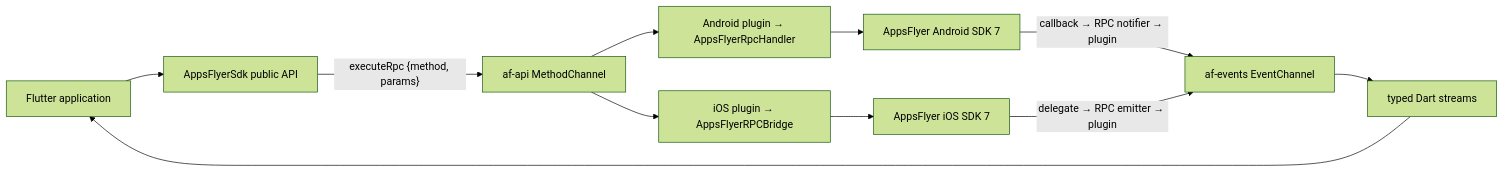
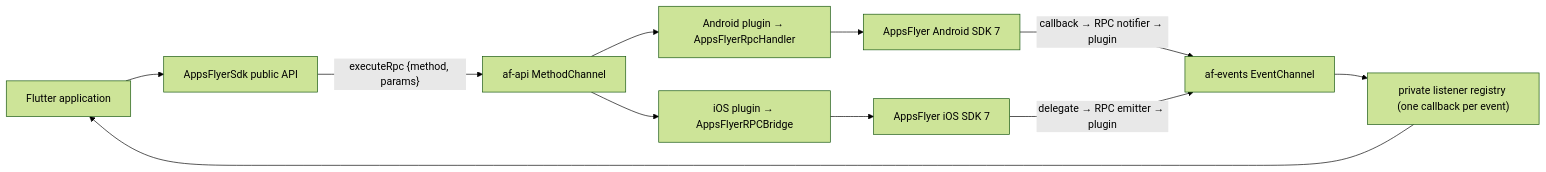
Before and after one commit to AppsFlyerSDK/appsflyer-flutter-plugin: the diagram in internal-docs/ARCHITECTURE.md, drawn with Mermaid (forest theme). The commit also changed other lines of this file and 26 other files, not shown here.

Commit message:
[DELIVERY-125863] Replace event streams with callback-based register*Listener APIs

````diff
--- a/internal-docs/ARCHITECTURE.md
+++ b/internal-docs/ARCHITECTURE.md
@@ -39,13 +39,13 @@
 ```mermaid
 flowchart LR
     App["Flutter application"] --> SDK["AppsFlyerSdk public API"]
     SDK -->|"executeRpc {method, params}"| Method["af-api MethodChannel"]
     Method --> Android["Android plugin → AppsFlyerRpcHandler"]
     Method --> IOS["iOS plugin → AppsFlyerRPCBridge"]
     Android --> AndroidSDK["AppsFlyer Android SDK 7"]
     IOS --> IOSSDK["AppsFlyer iOS SDK 7"]
     AndroidSDK -->|"callback → RPC notifier → plugin"| Events["af-events EventChannel"]
     IOSSDK -->|"delegate → RPC emitter → plugin"| Events
-    Events --> Streams["typed Dart streams"]
-    Streams --> App
+    Events --> Registry["private listener registry (one callback per event)"]
+    Registry --> App
 ```
````
